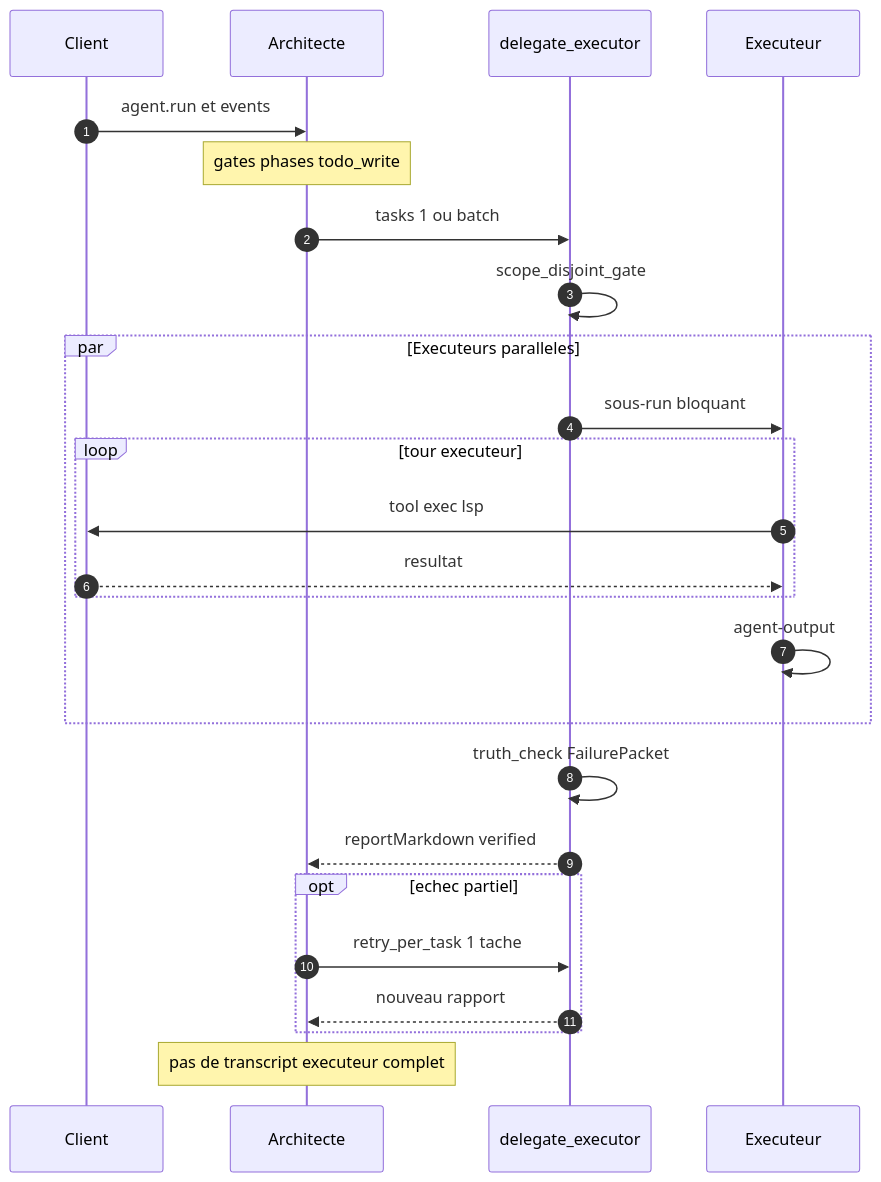
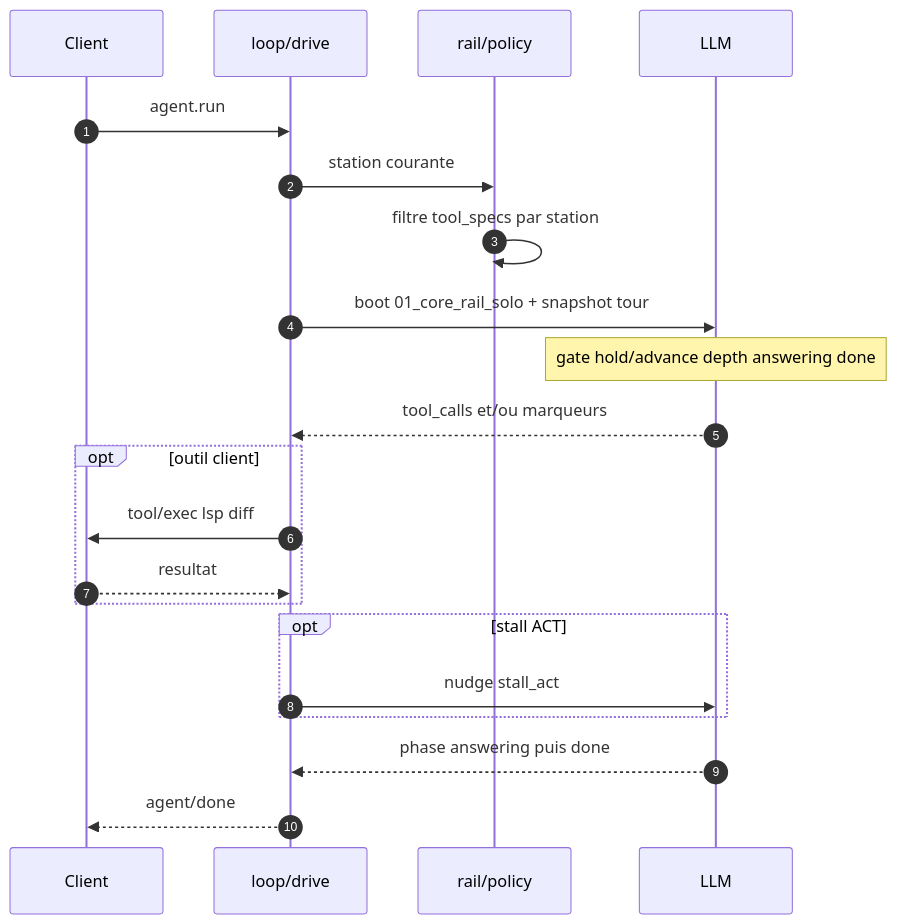
The seventh of 7 diagrams in README.md (DroxKiwi/Drox---IDE), drawn with Mermaid before and after one commit. The commit also changed other lines of this file and 26 other files, not shown here.

````diff
--- a/README.md
+++ b/README.md
@@ -114,29 +213,24 @@
 ```mermaid
 sequenceDiagram
   autonumber
   participant IDE as Client
-  participant ARC as Architecte
-  participant DEL as delegate_executor
-  participant EXE as Executeur
+  participant DRV as loop/drive
+  participant RAIL as rail/policy
+  participant LLM as LLM
 
-  IDE->>ARC: agent.run et events
-  Note over ARC: gates phases todo_write
-
-  ARC->>DEL: tasks 1 ou batch
-  DEL->>DEL: scope_disjoint_gate
-  par Executeurs paralleles
-    DEL->>EXE: sous-run bloquant
-    loop tour executeur
-      EXE->>IDE: tool exec lsp
-      IDE-->>EXE: resultat
-    end
-    EXE->>EXE: agent-output
+  IDE->>DRV: agent.run
+  DRV->>RAIL: station courante
+  RAIL->>RAIL: filtre tool_specs par station
+  DRV->>LLM: boot 01_core_rail_solo + snapshot tour
+  Note over LLM: gate hold/advance depth answering done
+  LLM-->>DRV: tool_calls et/ou marqueurs
+  opt outil client
+    DRV->>IDE: tool/exec lsp diff
+    IDE-->>DRV: resultat
   end
-  DEL->>DEL: truth_check FailurePacket
-  DEL-->>ARC: reportMarkdown verified
-  opt echec partiel
-    ARC->>DEL: retry_per_task 1 tache
-    DEL-->>ARC: nouveau rapport
+  opt stall ACT
+    DRV->>LLM: nudge stall_act
   end
-  Note over ARC: pas de transcript executeur complet
+  LLM-->>DRV: phase answering puis done
+  DRV-->>IDE: agent/done
 ```
````
